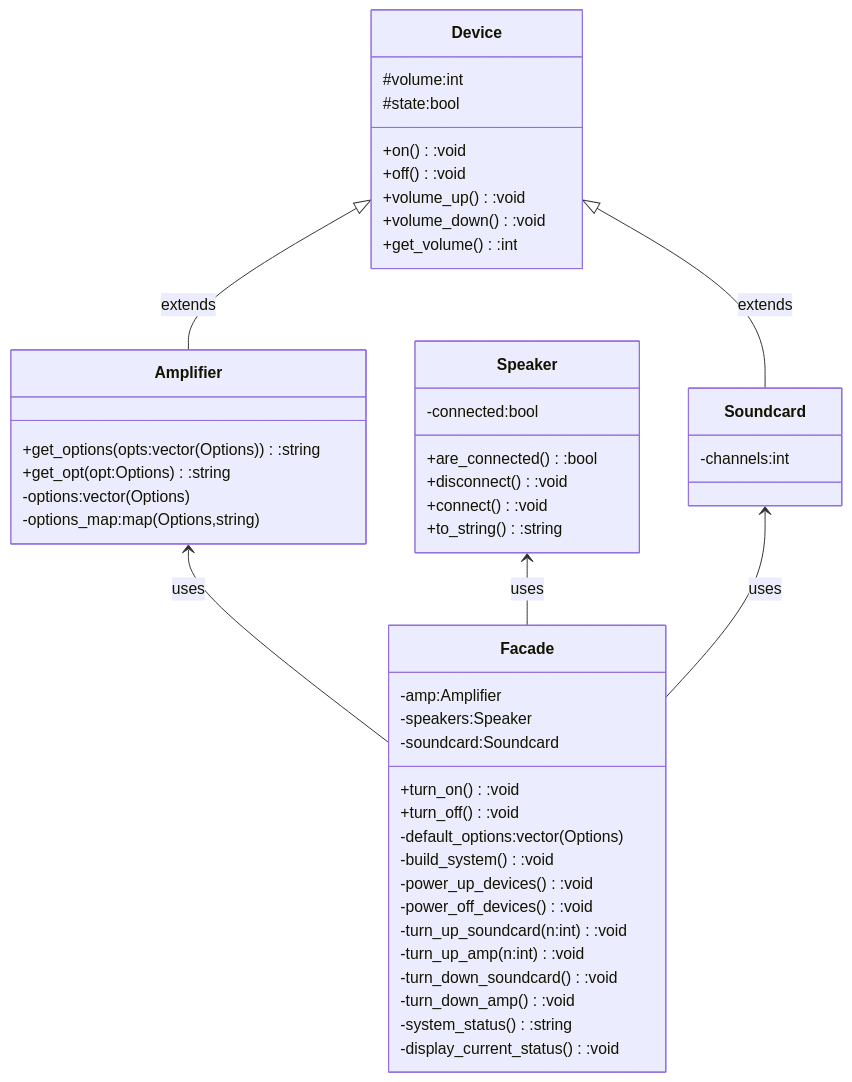
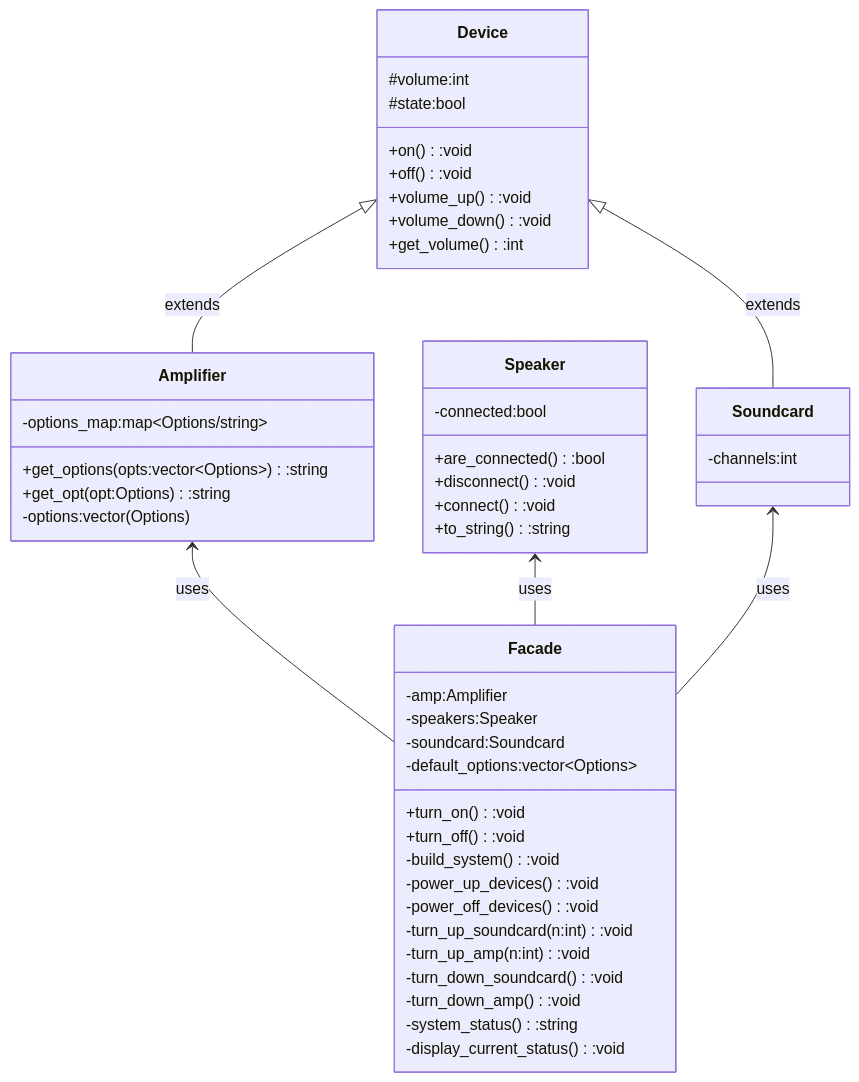
One commit to aperlini/Design-Patterns changed the diagram in Structural/Facade/README.md. Above: the diagram before and after it, drawn with Mermaid. The commit also changed 2 other files, not shown here.

Commit message:
Correction Structural

````diff
--- a/Structural/Facade/README.md
+++ b/Structural/Facade/README.md
@@ -5,57 +5,57 @@
 ```mermaid
 classDiagram
 	
 	Device <|-- Soundcard:extends
 	Device <|-- Amplifier:extends
 	Amplifier <-- Facade:uses
 	Speaker <-- Facade:uses
 	Soundcard <-- Facade:uses
 	
 	class Device {
 		+on():void
 		+off():void
 		+volume_up():void
 		+volume_down():void
 		+get_volume():int
 		#volume:int
 		#state:bool
 	}
 	
 	class Speaker {
 		+are_connected():bool
 		+disconnect():void
 		+connect():void
 		+to_string():string
 		-connected:bool
 	}
 	
 	class Soundcard {
 		-channels:int
 	}
 	
 	class Amplifier {
-		+get_options(opts:vector(Options)):string
+		+get_options(opts:vector~Options~):string
 		+get_opt(opt:Options):string
 		-options:vector(Options)
-		-options_map:map(Options,string)
+		-options_map:map~Options/string~
 	}
 	
 	class Facade {
 		+turn_on():void
 		+turn_off():void
 		-amp:Amplifier
 		-speakers:Speaker
 		-soundcard:Soundcard
-		-default_options:vector(Options)
+		-default_options:vector~Options~
 		-build_system():void
 		-power_up_devices():void
 		-power_off_devices():void
 		-turn_up_soundcard(n:int):void
 		-turn_up_amp(n:int):void
 		-turn_down_soundcard():void
 		-turn_down_amp():void
 		-system_status():string
 		-display_current_status():void
 	}
 	
 ```
````
